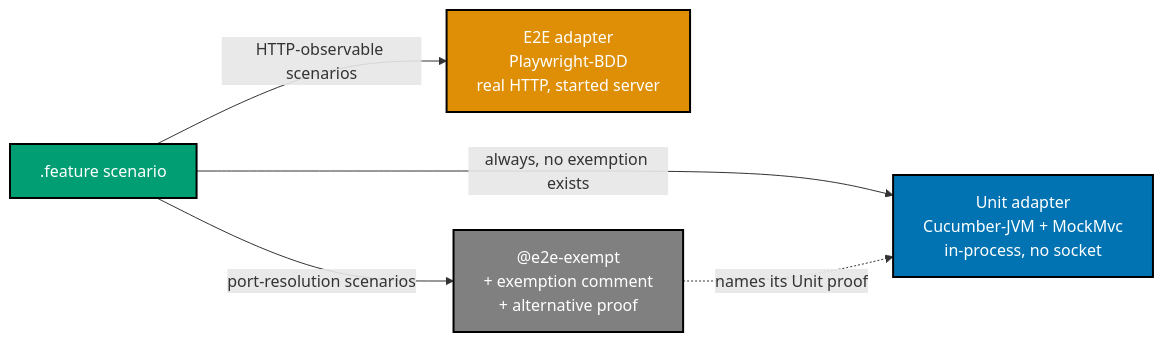
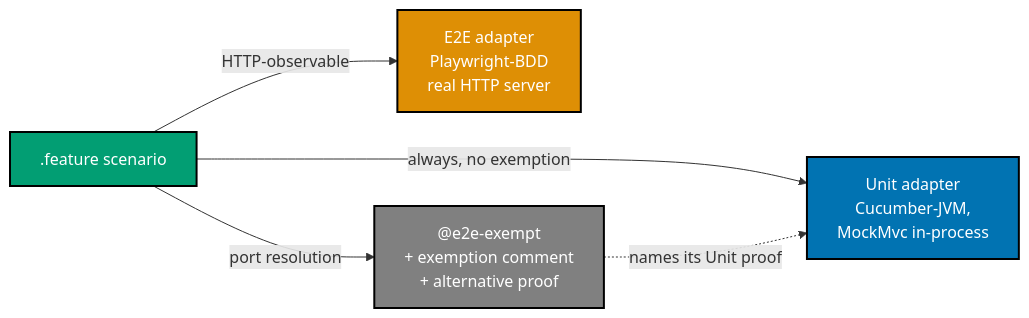
One commit to wahidyankf/open-sharia-fintech changed the fourth of 5 diagrams in plans/in-progress/lms-init/tech-docs.md. Above: the diagram before and after it, drawn with Mermaid. The commit also changed other lines of this file and 2 other files, not shown here.

````diff
--- a/plans/in-progress/lms-init/tech-docs.md
+++ b/plans/in-progress/lms-init/tech-docs.md
@@ -131,18 +136,18 @@
 ```mermaid
 %% Color palette: Blue #0173B2, Orange #DE8F05, Teal #029E73, Gray #808080
 graph LR
     F[".feature scenario"]:::teal
-    U["Unit adapter<br/>Cucumber-JVM + MockMvc<br/>in-process, no socket"]:::blue
-    E["E2E adapter<br/>Playwright-BDD<br/>real HTTP, started server"]:::orange
+    U["Unit adapter<br/>Cucumber-JVM,<br/>MockMvc in-process"]:::blue
+    E["E2E adapter<br/>Playwright-BDD<br/>real HTTP server"]:::orange
     X["@e2e-exempt<br/>+ exemption comment<br/>+ alternative proof"]:::gray
 
-    F -->|"always, no exemption exists"| U
-    F -->|"HTTP-observable scenarios"| E
-    F -->|"port-resolution scenarios"| X
+    F -->|"always, no exemption"| U
+    F -->|"HTTP-observable"| E
+    F -->|"port resolution"| X
     X -.->|"names its Unit proof"| U
 
     classDef blue fill:#0173B2,stroke:#000000,color:#FFFFFF,stroke-width:2px
     classDef orange fill:#DE8F05,stroke:#000000,color:#FFFFFF,stroke-width:2px
     classDef teal fill:#029E73,stroke:#000000,color:#FFFFFF,stroke-width:2px
     classDef gray fill:#808080,stroke:#000000,color:#FFFFFF,stroke-width:2px
 ```
````
